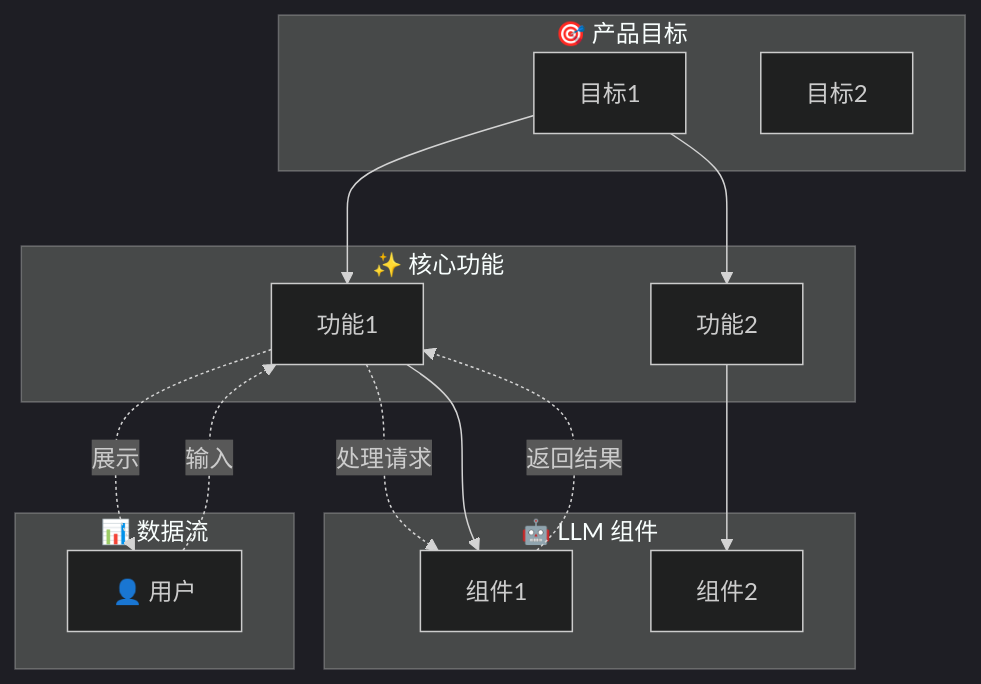
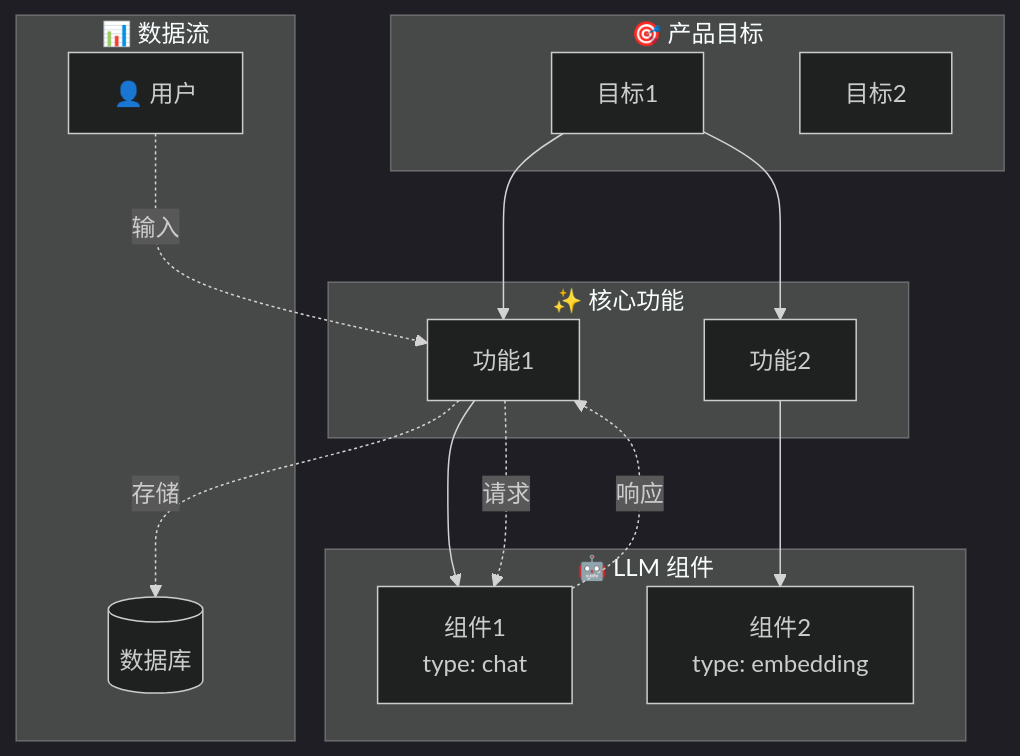
One commit to Goooyi/myAgent changed the diagram in prompts/pm.md. Above: the diagram before and after it, drawn with Mermaid (dark theme). The commit also changed other lines of this file and 14 other files, not shown here.

Commit message:
demo pm agent using markdown and mermaid

````diff
--- a/prompts/pm.md
+++ b/prompts/pm.md
@@ -155,29 +235,36 @@
 ```mermaid
 flowchart TB
-    subgraph Goals[🎯 产品目标]
-        G1[目标1]
-        G2[目标2]
+    subgraph Goals["🎯 产品目标"]
+        G1["目标1"]
+        G2["目标2"]
     end
-    
-    subgraph Features[✨ 核心功能]
-        F1[功能1]
-        F2[功能2]
+
+    subgraph Features["✨ 核心功能"]
+        F1["功能1"]
+        F2["功能2"]
     end
-    
-    subgraph LLM[🤖 LLM 组件]
-        L1[组件1]
-        L2[组件2]
+
+    subgraph LLM["🤖 LLM 组件"]
+        L1["组件1<br/>type: chat"]
+        L2["组件2<br/>type: embedding"]
     end
-    
-    subgraph DataFlow[📊 数据流]
-        User[👤 用户] -.->|输入| F1
-        F1 -.->|处理请求| L1
-        L1 -.->|返回结果| F1
-        F1 -.->|展示| User
+
+    subgraph DataFlow["📊 数据流"]
+        User["👤 用户"]
+        DB[("数据库")]
     end
-    
+
+    %% 目标到功能的映射
     G1 --> F1
     G1 --> F2
+
+    %% 功能到 LLM 组件的依赖
     F1 --> L1
     F2 --> L2
+
+    %% 数据流
+    User -.->|"输入"| F1
+    F1 -.->|"请求"| L1
+    L1 -.->|"响应"| F1
+    F1 -.->|"存储"| DB
 ```
````
